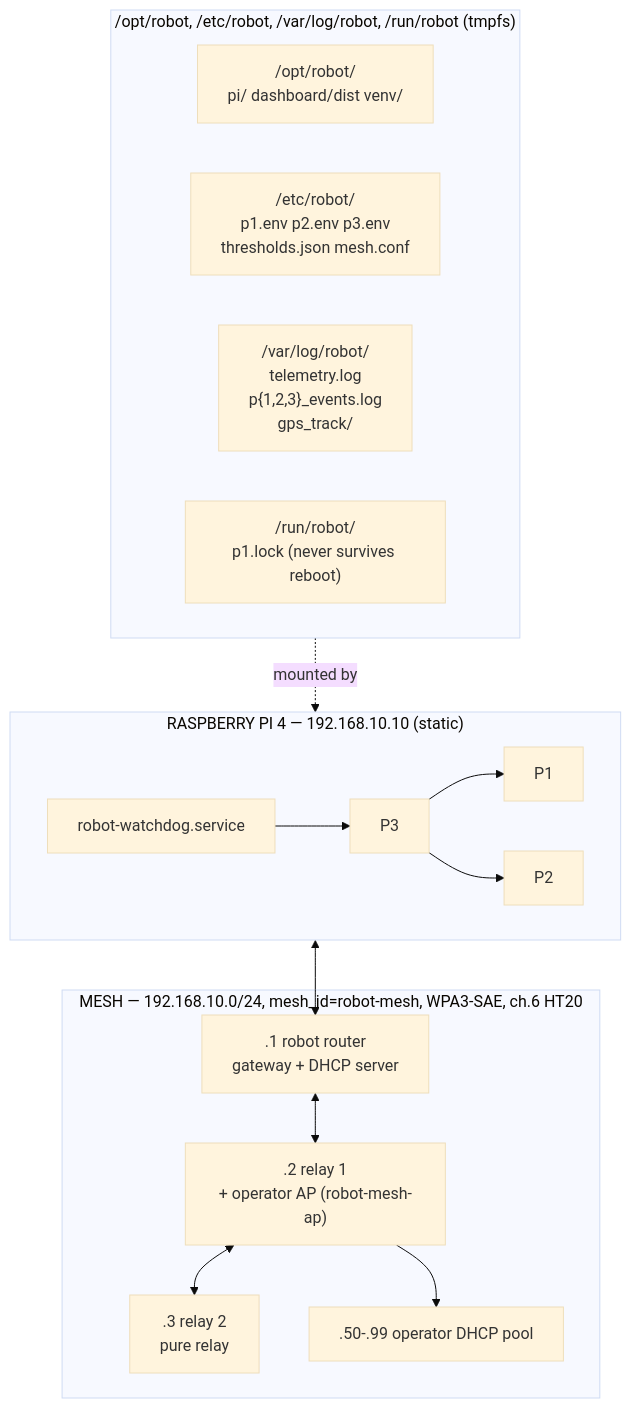
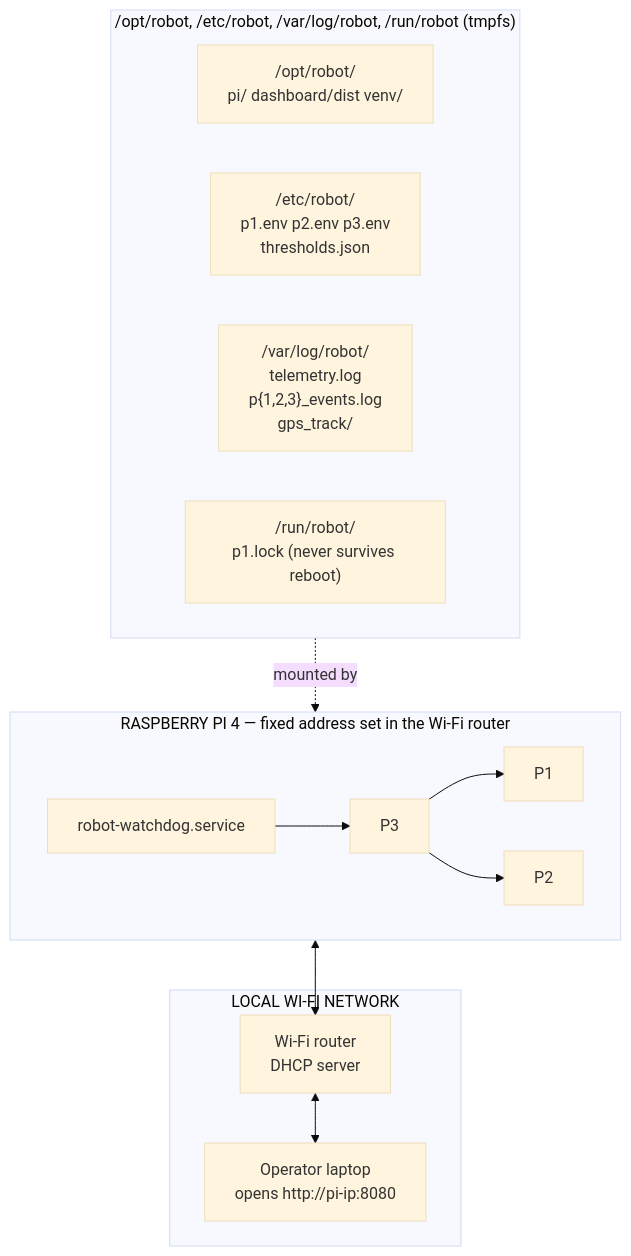
Diagram 12 of 16 in docs/ARCHITECTURE.md (baiust999/robort-code-from-pi), drawn with Mermaid (base theme) before and after one commit. The commit also changed other lines of this file and 24 other files, not shown here.

First line of the commit message:
Remove the mesh network; run on an ordinary local Wi-Fi network

````diff
--- a/docs/ARCHITECTURE.md
+++ b/docs/ARCHITECTURE.md
@@ -514,26 +512,22 @@
 ```mermaid
 flowchart TB
     subgraph fs["/opt/robot, /etc/robot, /var/log/robot, /run/robot (tmpfs)"]
         opt["/opt/robot/<br/>pi/ dashboard/dist venv/"]
-        etc["/etc/robot/<br/>p1.env p2.env p3.env<br/>thresholds.json mesh.conf"]
+        etc["/etc/robot/<br/>p1.env p2.env p3.env<br/>thresholds.json"]
         log["/var/log/robot/<br/>telemetry.log<br/>p{1,2,3}_events.log<br/>gps_track/"]
         run["/run/robot/<br/>p1.lock (never survives reboot)"]
     end
 
-    subgraph pi4["RASPBERRY PI 4 — 192.168.10.10 (static)"]
+    subgraph pi4["RASPBERRY PI 4 — fixed address set in the Wi-Fi router"]
         svc["robot-watchdog.service"] --> p3s["P3"] --> p1s["P1"] & p2s["P2"]
     end
 
-    subgraph meshnet["MESH — 192.168.10.0/24, mesh_id=robot-mesh, WPA3-SAE, ch.6 HT20"]
-        n1[".1 robot router<br/>gateway + DHCP server"]
-        n2[".2 relay 1<br/>+ operator AP (robot-mesh-ap)"]
-        n3[".3 relay 2<br/>pure relay"]
-        pool[".50-.99 operator DHCP pool"]
+    subgraph lan["LOCAL WI-FI NETWORK"]
+        n1["Wi-Fi router<br/>DHCP server"]
+        op["Operator laptop<br/>opens http://pi-ip:8080"]
     end
 
     fs -.mounted by.-> pi4
     pi4 <--> n1
-    n1 <--> n2
-    n2 <--> n3
-    n2 --> pool
+    n1 <--> op
 ```
````
